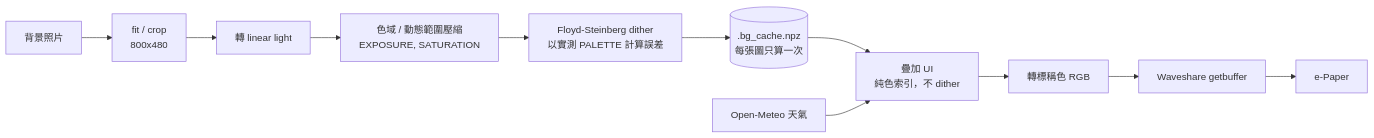
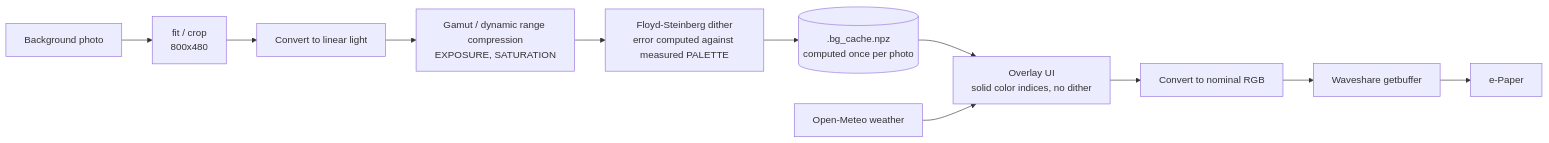
The second of 2 diagrams in README.md (crazylittleJ/epaper-weather-dashboard), drawn with Mermaid before and after one commit. The commit also changed other lines of this file and 1 other file, not shown here.

````diff
--- a/README.md
+++ b/README.md
@@ -330,13 +330,13 @@
 ```mermaid
 flowchart LR
-    P[背景照片] --> C[fit / crop<br/>800x480]
-    C --> L[轉 linear light]
-    L --> T[色域 / 動態範圍壓縮<br/>EXPOSURE, SATURATION]
-    T --> D[Floyd-Steinberg dither<br/>以實測 PALETTE 計算誤差]
-    D --> K[(.bg_cache.npz<br/>每張圖只算一次)]
-    K --> M[疊加 UI<br/>純色索引，不 dither]
-    W[Open-Meteo 天氣] --> M
-    M --> N[轉標稱色 RGB]
+    P[Background photo] --> C[fit / crop<br/>800x480]
+    C --> L[Convert to linear light]
+    L --> T[Gamut / dynamic range compression<br/>EXPOSURE, SATURATION]
+    T --> D[Floyd-Steinberg dither<br/>error computed against measured PALETTE]
+    D --> K[(.bg_cache.npz<br/>computed once per photo)]
+    K --> M[Overlay UI<br/>solid color indices, no dither]
+    W[Open-Meteo weather] --> M
+    M --> N[Convert to nominal RGB]
     N --> G[Waveshare getbuffer]
     G --> E[e-Paper]
 ```
````
